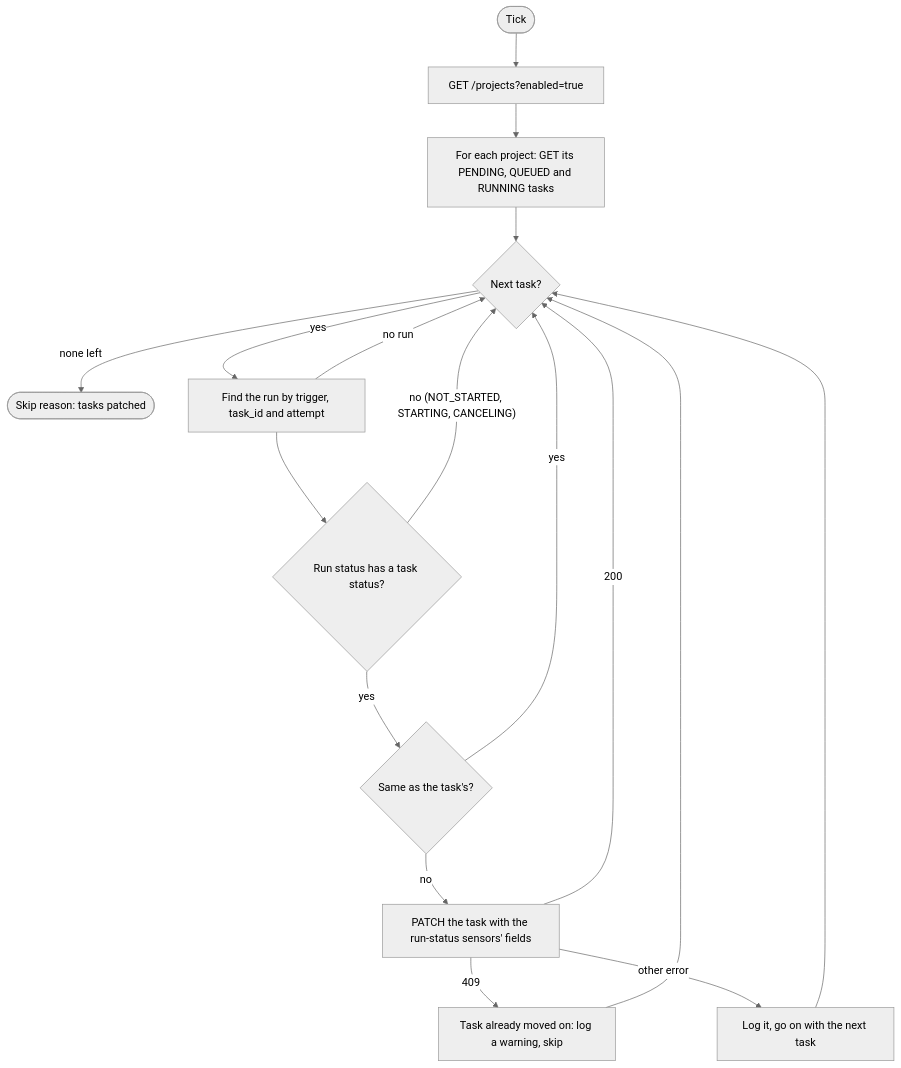
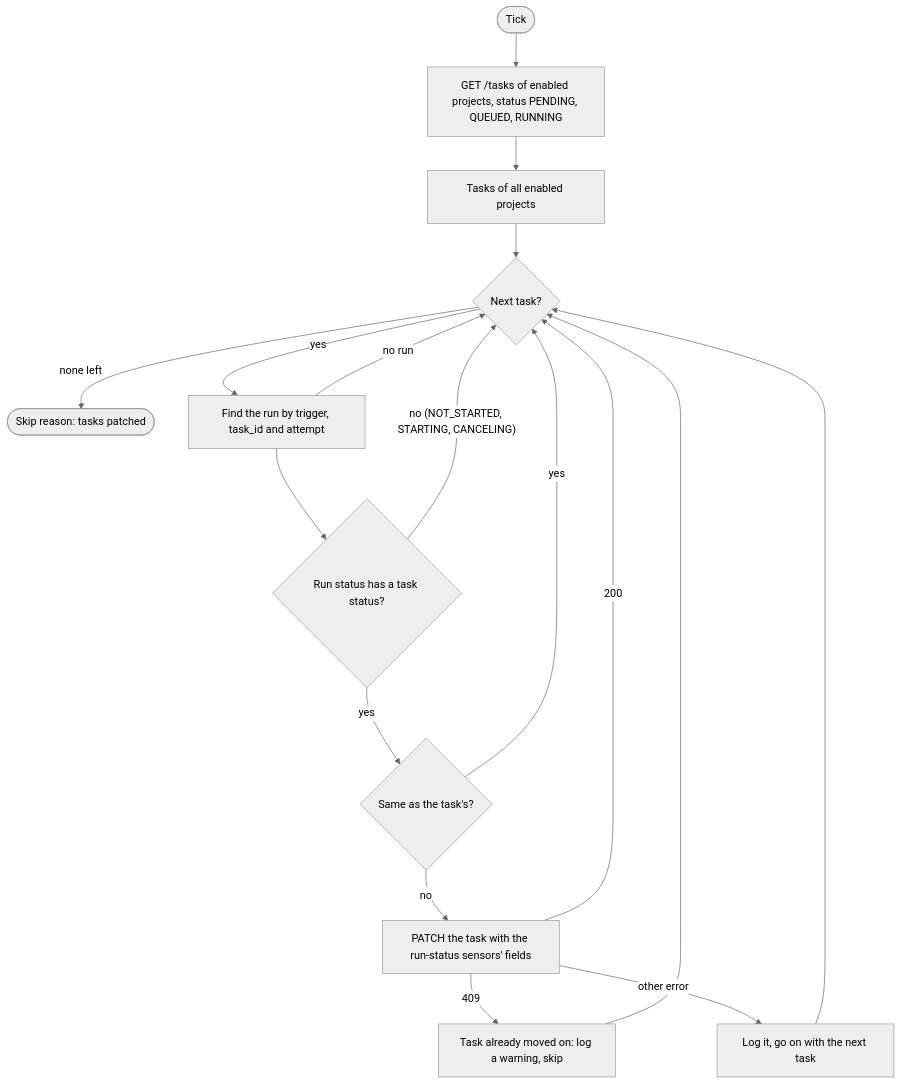
Before and after one commit to Aridhia-Open-Source/PHEMS_federated_node: the diagram in docs/architecture/sensors/task-reconcile.md, drawn with Mermaid (neutral theme). The commit also changed other lines of this file and 4 other files, not shown here.

````diff
--- a/docs/architecture/sensors/task-reconcile.md
+++ b/docs/architecture/sensors/task-reconcile.md
@@ -27,19 +26,19 @@
 ```mermaid
 flowchart TD
-    A([Tick]) --> B["GET /projects?enabled=true"]
-    B --> C["For each project: GET its PENDING, QUEUED and RUNNING tasks"]
+    A([Tick]) --> B["GET /tasks of enabled projects, status PENDING, QUEUED, RUNNING"]
+    B --> C["Tasks of all enabled projects"]
     C --> D{"Next task?"}
     D -->|"none left"| Z(["Skip reason: tasks patched"])
     D -->|yes| E["Find the run by trigger, task_id and attempt"]
     E -->|"no run"| D
     E --> F{"Run status has a task status?"}
     F -->|"no (NOT_STARTED, STARTING, CANCELING)"| D
     F -->|yes| G{"Same as the task's?"}
     G -->|yes| D
     G -->|no| H["PATCH the task with the run-status sensors' fields"]
     H -->|200| D
     H -->|409| I["Task already moved on: log a warning, skip"]
     I --> D
     H -->|"other error"| J["Log it, go on with the next task"]
     J --> D
 ```
````
